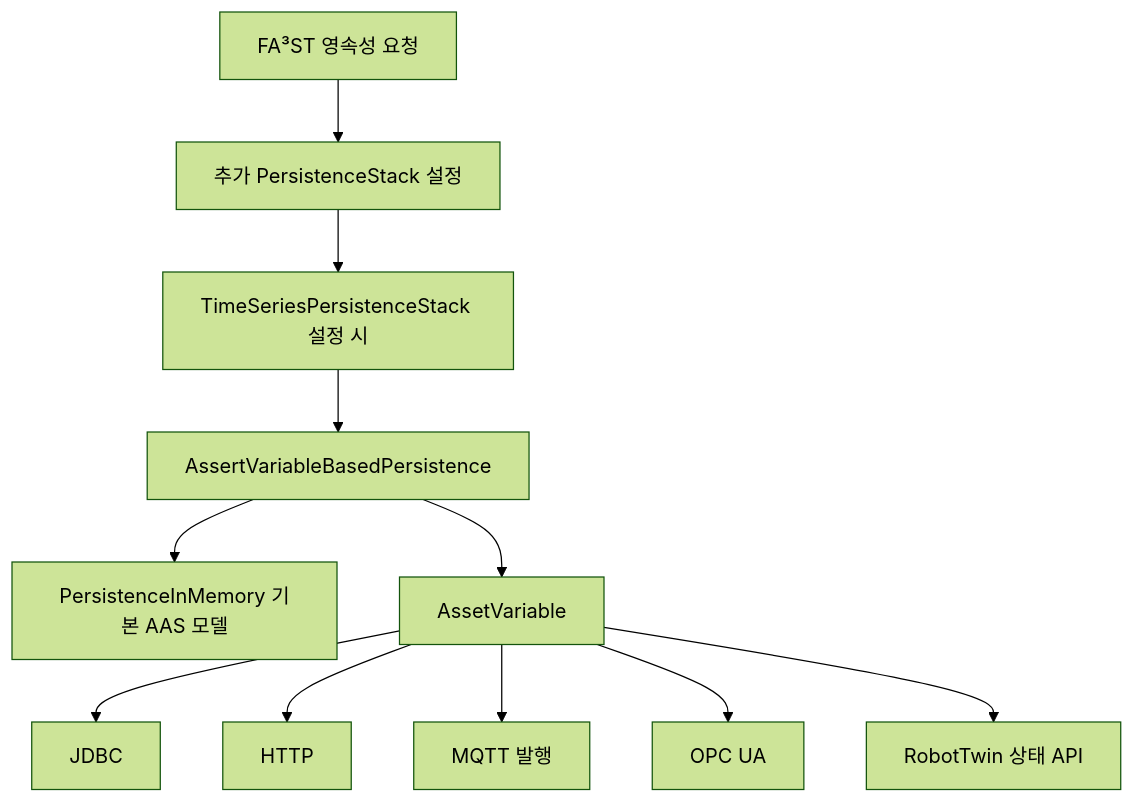
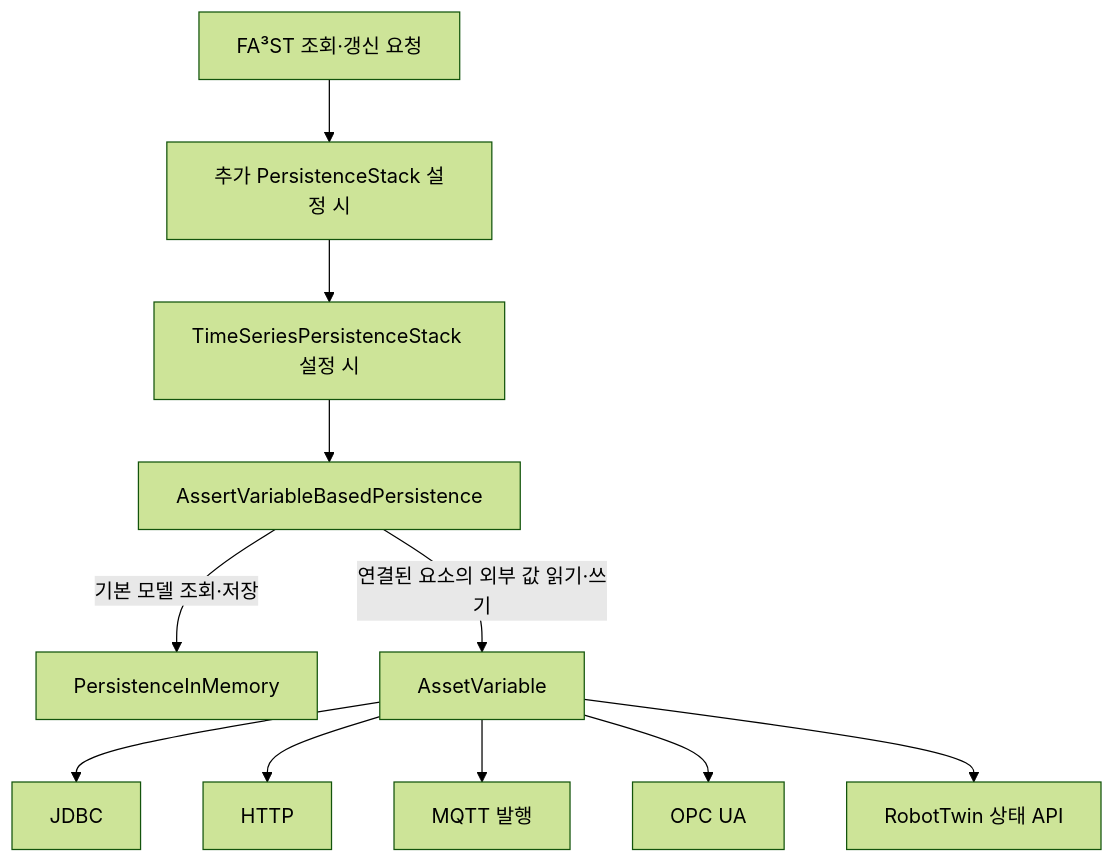
The first of 5 diagrams in docs/asset-persistence-guide.md (kwlee0220/mdt-instance), drawn with Mermaid (forest theme) before and after one commit. The commit also changed other lines of this file and 28 other files, not shown here.

First line of the commit message:
Rework JDBC asset variable column mapping and use pooled connections

````diff
--- a/docs/asset-persistence-guide.md
+++ b/docs/asset-persistence-guide.md
@@ -11,13 +17,13 @@
 ```mermaid
 flowchart TD
-    Request[FA³ST 영속성 요청] --> Outer[추가 PersistenceStack 설정]
-    Outer --> TS[TimeSeriesPersistenceStack 설정 시]
-    TS --> Asset[AssertVariableBasedPersistence]
-    Asset --> Base[PersistenceInMemory 기본 AAS 모델]
-    Asset --> Variable[AssetVariable]
-    Variable --> JDBC[JDBC]
-    Variable --> HTTP[HTTP]
-    Variable --> MQTT[MQTT 발행]
-    Variable --> OPC[OPC UA]
-    Variable --> RT[RobotTwin 상태 API]
+    Request["FA³ST 조회·갱신 요청"] --> Outer["추가 PersistenceStack 설정 시"]
+    Outer --> TS["TimeSeriesPersistenceStack 설정 시"]
+    TS --> Asset["AssertVariableBasedPersistence"]
+    Asset -->|"기본 모델 조회·저장"| Base["PersistenceInMemory"]
+    Asset -->|"연결된 요소의 외부 값 읽기·쓰기"| Variable["AssetVariable"]
+    Variable --> JDBC["JDBC"]
+    Variable --> HTTP["HTTP"]
+    Variable --> MQTT["MQTT 발행"]
+    Variable --> OPC["OPC UA"]
+    Variable --> RT["RobotTwin 상태 API"]
 ```
````
